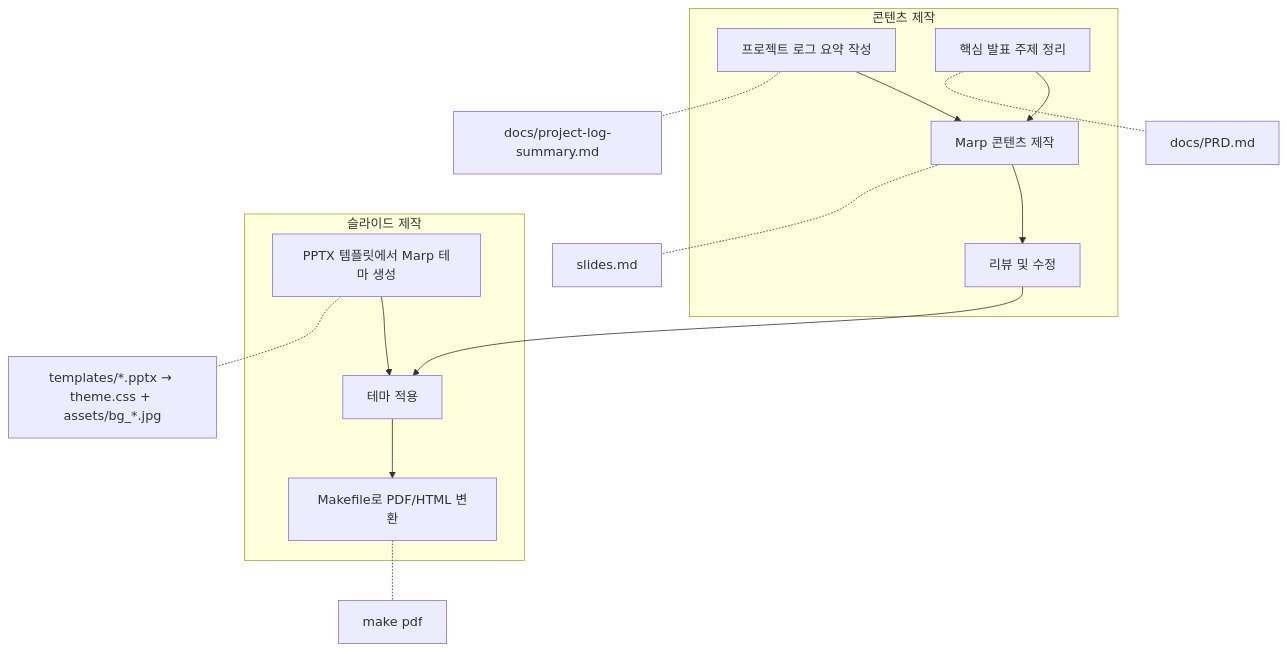
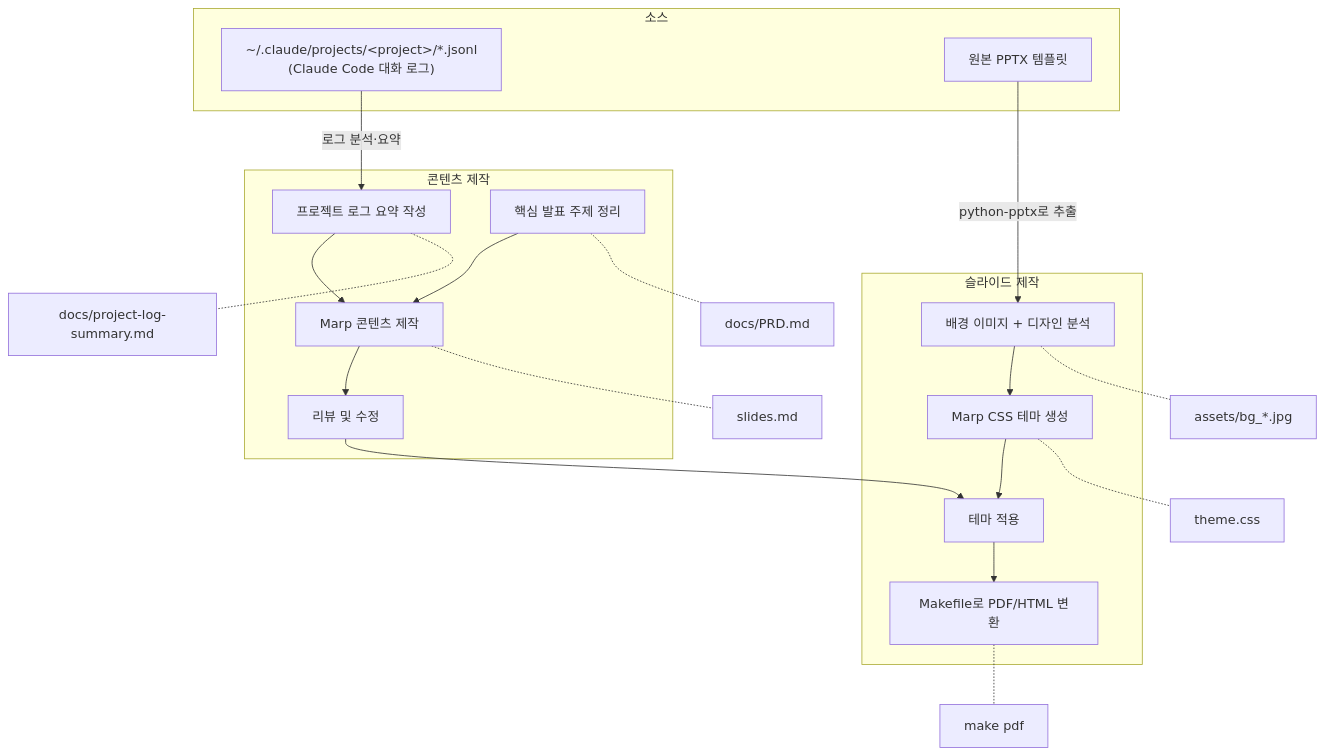
One commit to serithemage/serverless-openclaw-slides changed the diagram in README.md. Above: the diagram before and after it, drawn with Mermaid.

Commit message:
docs: clarify source origins in workflow diagram
- Claude Code logs → project-log-summary.md
- Original PPTX template → python-pptx extraction → bg images + theme.css

````diff
--- a/README.md
+++ b/README.md
@@ -7,20 +7,29 @@
 ```mermaid
 graph TD
+    subgraph 소스
+        S1["~/.claude/projects/&lt;project&gt;/*.jsonl<br>(Claude Code 대화 로그)"]
+        S2[원본 PPTX 템플릿]
+    end
+
     subgraph 콘텐츠 제작
-        A[프로젝트 로그 요약 작성] --> C[Marp 콘텐츠 제작]
+        S1 -->|로그 분석·요약| A[프로젝트 로그 요약 작성]
+        A --> C[Marp 콘텐츠 제작]
         B[핵심 발표 주제 정리] --> C
         C --> D[리뷰 및 수정]
     end
 
     subgraph 슬라이드 제작
-        E[PPTX 템플릿에서 Marp 테마 생성] --> F[테마 적용]
+        S2 -->|python-pptx로 추출| E[배경 이미지 + 디자인 분석]
+        E --> E2[Marp CSS 테마 생성]
+        E2 --> F[테마 적용]
         D --> F
         F --> G[Makefile로 PDF/HTML 변환]
     end
 
     A -.- A1[docs/project-log-summary.md]
     B -.- B1[docs/PRD.md]
     C -.- C1[slides.md]
-    E -.- E1[templates/*.pptx → theme.css + assets/bg_*.jpg]
+    E -.- E1[assets/bg_*.jpg]
+    E2 -.- E2a[theme.css]
     G -.- G1[make pdf]
 ```
````
